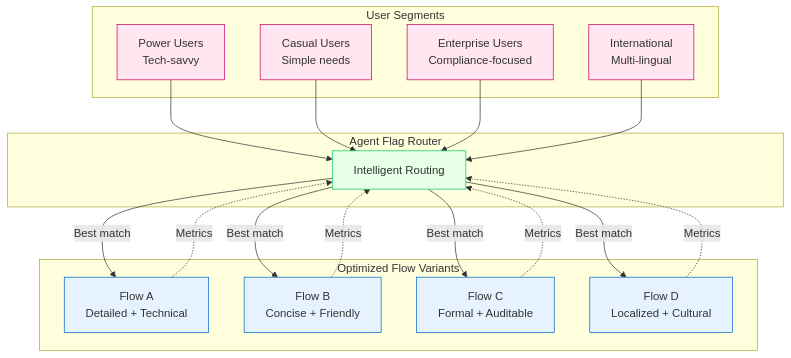
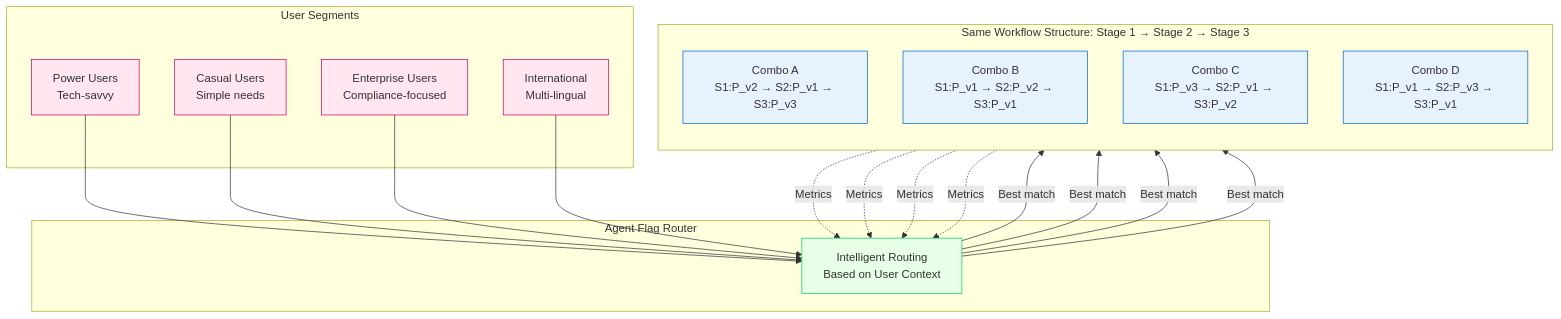
The fifth of 6 diagrams in insights-bh.md (featbit/agent-flag), drawn with Mermaid before and after one commit. The commit also changed other lines of this file and 1 other file, not shown here.

````diff
--- a/insights-bh.md
+++ b/insights-bh.md
@@ -223,42 +223,43 @@
 ```mermaid
 graph TB
     subgraph Users[User Segments]
         U1[Power Users<br/>Tech-savvy]
         U2[Casual Users<br/>Simple needs]
         U3[Enterprise Users<br/>Compliance-focused]
         U4[International<br/>Multi-lingual]
     end
     
-    subgraph Variants[Optimized Flow Variants]
-        V1[Flow A<br/>Detailed + Technical]
-        V2[Flow B<br/>Concise + Friendly]
-        V3[Flow C<br/>Formal + Auditable]
-        V4[Flow D<br/>Localized + Cultural]
+    subgraph WF[Same Workflow Structure: Stage 1 → Stage 2 → Stage 3]
+        direction TB
+        C1[Combo A<br/>S1:P_v2 → S2:P_v1 → S3:P_v3]
+        C2[Combo B<br/>S1:P_v1 → S2:P_v2 → S3:P_v1]
+        C3[Combo C<br/>S1:P_v3 → S2:P_v1 → S3:P_v2]
+        C4[Combo D<br/>S1:P_v1 → S2:P_v3 → S3:P_v1]
     end
     
     subgraph AF[Agent Flag Router]
-        R[Intelligent Routing]
+        R[Intelligent Routing<br/>Based on User Context]
     end
     
     U1 --> R
     U2 --> R
     U3 --> R
     U4 --> R
     
-    R -->|Best match| V1
-    R -->|Best match| V2
-    R -->|Best match| V3
-    R -->|Best match| V4
+    R -->|Best match| C1
+    R -->|Best match| C2
+    R -->|Best match| C3
+    R -->|Best match| C4
     
-    V1 -.Metrics.-> R
-    V2 -.Metrics.-> R
-    V3 -.Metrics.-> R
-    V4 -.Metrics.-> R
+    C1 -.Metrics.-> R
+    C2 -.Metrics.-> R
+    C3 -.Metrics.-> R
+    C4 -.Metrics.-> R
     
     classDef user fill:#ffe6f0,stroke:#cc0066
-    classDef variant fill:#e6f3ff,stroke:#0066cc
+    classDef combo fill:#e6f3ff,stroke:#0066cc
     classDef router fill:#e6ffe6,stroke:#00cc66
     class U1,U2,U3,U4 user
-    class V1,V2,V3,V4 variant
+    class C1,C2,C3,C4 combo
     class R router
 ```
````
